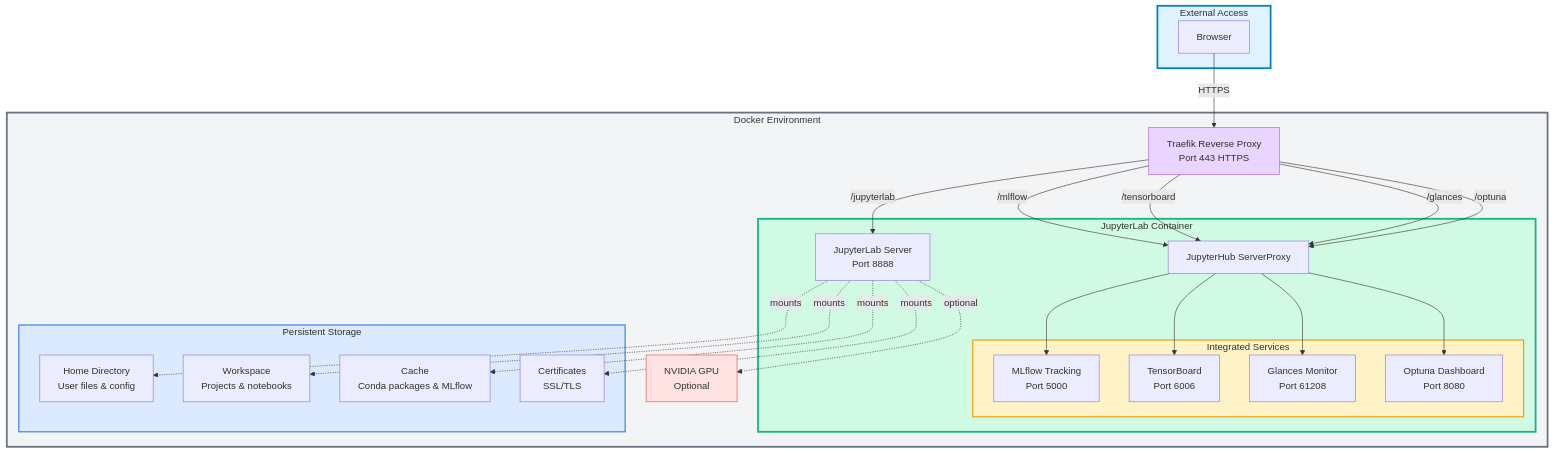
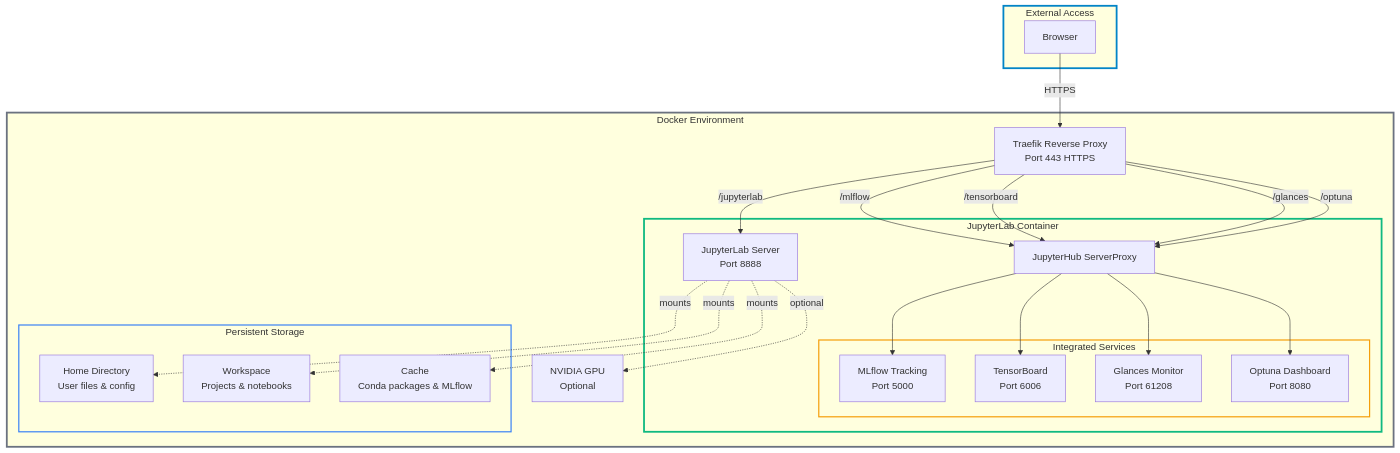
One commit to stellarshenson/stellars-jupyterlab-ds changed the first of 2 diagrams in README.md. Above: the diagram before and after it, drawn with Mermaid. The commit also changed other lines of this file, not shown here.

Commit message:
docs: add configuration and scripts diagram, remove fills and certs from architecture diagram

````diff
--- a/README.md
+++ b/README.md
@@ -110,58 +110,54 @@
 ```mermaid
 graph TB
     subgraph External["External Access"]
         Browser[Browser]
     end
 
     subgraph Docker["Docker Environment"]
         Traefik[Traefik Reverse Proxy<br/>Port 443 HTTPS]
 
         subgraph JupyterLab["JupyterLab Container"]
             JLServer[JupyterLab Server<br/>Port 8888]
             ServerProxy[JupyterHub ServerProxy]
 
             subgraph Services["Integrated Services"]
                 MLflow[MLflow Tracking<br/>Port 5000]
                 TensorBoard[TensorBoard<br/>Port 6006]
                 Glances[Glances Monitor<br/>Port 61208]
                 Optuna[Optuna Dashboard<br/>Port 8080]
             end
         end
 
         subgraph Volumes["Persistent Storage"]
             VolHome[Home Directory<br/>User files & config]
             VolWorkspace[Workspace<br/>Projects & notebooks]
             VolCache[Cache<br/>Conda packages & MLflow]
-            VolCerts[Certificates<br/>SSL/TLS]
         end
 
         GPU[NVIDIA GPU<br/>Optional]
     end
 
     Browser -->|HTTPS| Traefik
     Traefik -->|/jupyterlab| JLServer
     Traefik -->|/mlflow| ServerProxy
     Traefik -->|/tensorboard| ServerProxy
     Traefik -->|/glances| ServerProxy
     Traefik -->|/optuna| ServerProxy
 
     ServerProxy --> MLflow
     ServerProxy --> TensorBoard
     ServerProxy --> Glances
     ServerProxy --> Optuna
 
     JLServer -.->|mounts| VolHome
     JLServer -.->|mounts| VolWorkspace
     JLServer -.->|mounts| VolCache
-    JLServer -.->|mounts| VolCerts
 
     JLServer -.->|optional| GPU
 
-    style External fill:#e0f2fe,stroke:#0284c7,stroke-width:3px
-    style Docker fill:#f3f4f6,stroke:#6b7280,stroke-width:3px
-    style JupyterLab fill:#d1fae5,stroke:#10b981,stroke-width:3px
-    style Services fill:#fef3c7,stroke:#f59e0b,stroke-width:2px
-    style Volumes fill:#dbeafe,stroke:#3b82f6,stroke-width:2px
-    style Traefik fill:#e9d5ff,stroke:#a855f7
-    style GPU fill:#fee2e2,stroke:#ef4444
+    style External stroke:#0284c7,stroke-width:3px
+    style Docker stroke:#6b7280,stroke-width:3px
+    style JupyterLab stroke:#10b981,stroke-width:3px
+    style Services stroke:#f59e0b,stroke-width:2px
+    style Volumes stroke:#3b82f6,stroke-width:2px
 ```
````
